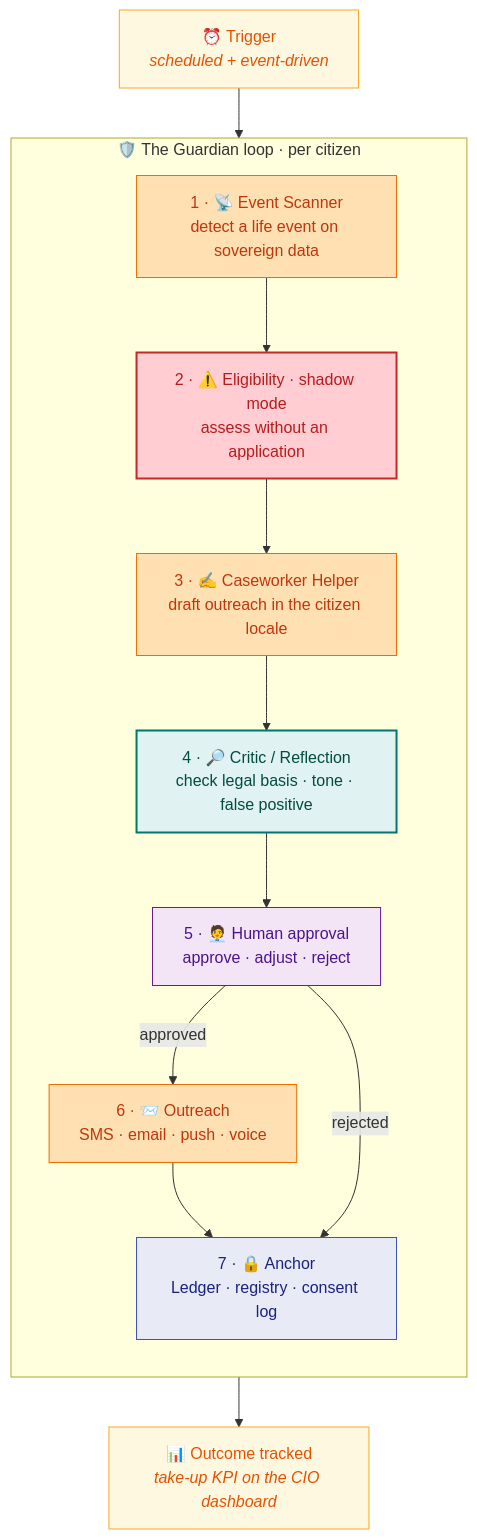
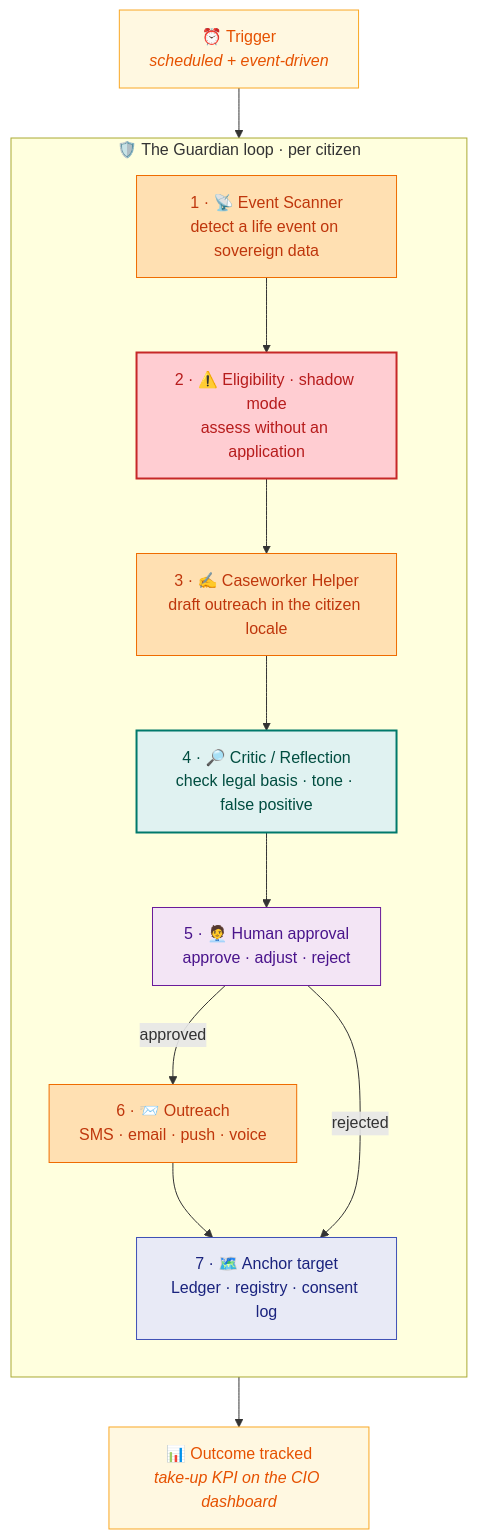
Before and after one commit to fredgis/UDCSP: the second of 3 diagrams in docs/biz/guardian.md, drawn with Mermaid. The commit also changed other lines of this file and 105 other files, not shown here.

````diff
--- a/docs/biz/guardian.md
+++ b/docs/biz/guardian.md
@@ -142,35 +146,35 @@
 ```mermaid
 flowchart TB
     T["⏰ Trigger<br/><i>scheduled + event-driven</i>"] --> SC
 
     subgraph LOOP["🛡️ The Guardian loop · per citizen"]
         direction TB
         SC["1 · 📡 Event Scanner<br/>detect a life event on sovereign data"]
         AS["2 · ⚠️ Eligibility · shadow mode<br/>assess without an application"]
         DR["3 · ✍️ Caseworker Helper<br/>draft outreach in the citizen locale"]
         CR["4 · 🔎 Critic / Reflection<br/>check legal basis · tone · false positive"]
         HU["5 · 🧑‍💼 Human approval<br/>approve · adjust · reject"]
         OU["6 · 📨 Outreach<br/>SMS · email · push · voice"]
-        TR["7 · 🔒 Anchor<br/>Ledger · registry · consent log"]
+        TR["7 · 🗺️ Anchor target<br/>Ledger · registry · consent log"]
         SC --> AS --> DR --> CR --> HU
         HU -- approved --> OU --> TR
         HU -- rejected --> TR
     end
 
     TR --> M["📊 Outcome tracked<br/><i>take-up KPI on the CIO dashboard</i>"]
 
     classDef trig fill:#FFF8E1,stroke:#F9A825,color:#E65100
     classDef step fill:#FFE0B2,stroke:#EF6C00,color:#BF360C
     classDef risk fill:#FFCDD2,stroke:#C62828,color:#B71C1C,stroke-width:2px
     classDef new fill:#E0F2F1,stroke:#00796B,color:#004D40,stroke-width:2px
     classDef human fill:#F3E5F5,stroke:#6A1B9A,color:#4A148C
     classDef gov fill:#E8EAF6,stroke:#3F51B5,color:#1A237E
 
     class T,M trig
     class SC,DR step
     class AS risk
     class CR new
     class HU human
     class OU step
     class TR gov
 ```
````
